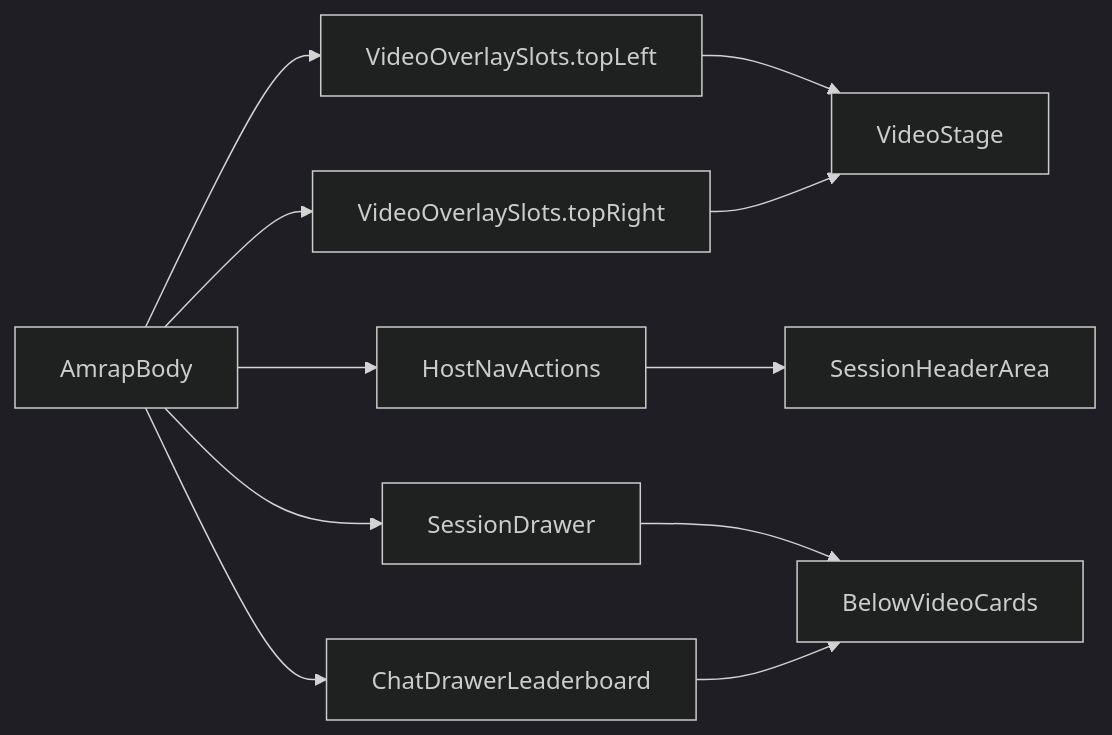
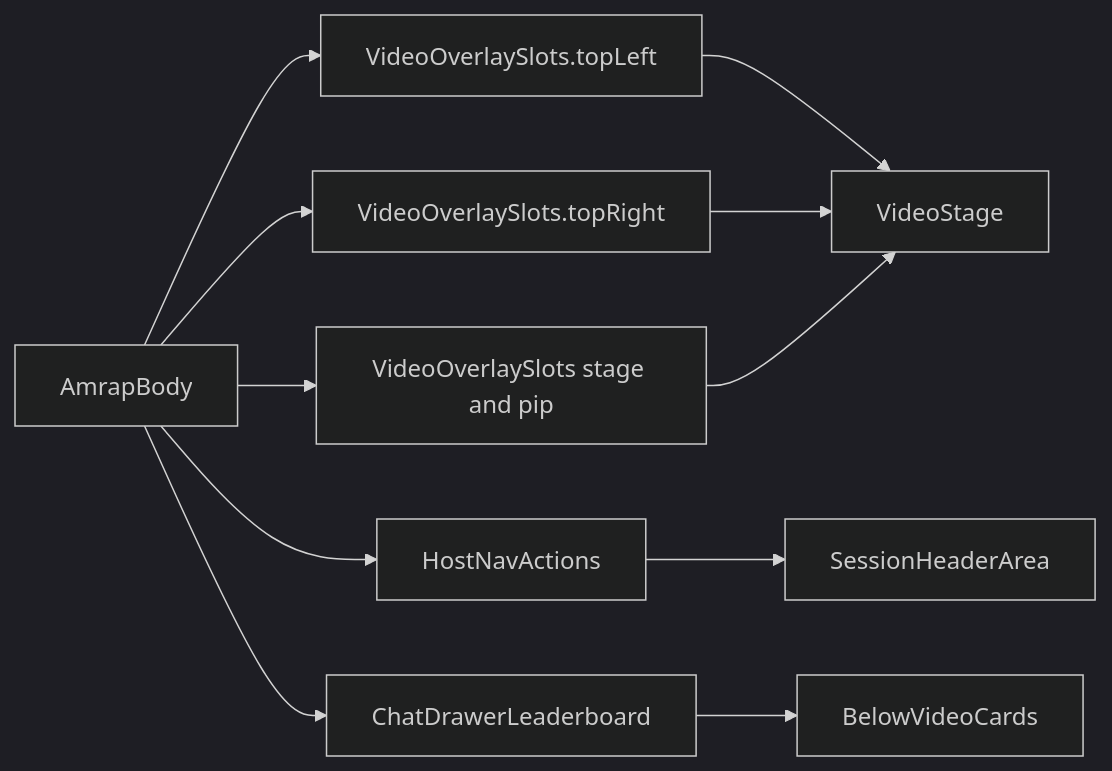
One commit to jlfassio-vibecoder/buddybubble changed the third of 3 diagrams in docs/fitness/amrap-wrapper-readme.md. Above: the diagram before and after it, drawn with Mermaid (dark theme). The commit also changed other lines of this file and 19 other files, not shown here.

Commit message:
AMRAP: leaderboard snapshot finalize and unified live-video wrapper

````diff
--- a/docs/fitness/amrap-wrapper-readme.md
+++ b/docs/fitness/amrap-wrapper-readme.md
@@ -176,23 +176,23 @@
 ```mermaid
 flowchart LR
   AmrapBody[AmrapBody]
   TimerSlot[VideoOverlaySlots.topLeft]
   LogSlot[VideoOverlaySlots.topRight]
   HostSlot[HostNavActions]
-  SessionSlot[SessionDrawer]
+  LapSlots[VideoOverlaySlots stage and pip]
   ChatSlot[ChatDrawerLeaderboard]
   Video[VideoStage]
   Header[SessionHeaderArea]
   BodyCards[BelowVideoCards]
 
   AmrapBody --> TimerSlot
   AmrapBody --> LogSlot
   AmrapBody --> HostSlot
-  AmrapBody --> SessionSlot
+  AmrapBody --> LapSlots
   AmrapBody --> ChatSlot
   TimerSlot --> Video
   LogSlot --> Video
   HostSlot --> Header
-  SessionSlot --> BodyCards
+  LapSlots --> Video
   ChatSlot --> BodyCards
 ```
````
